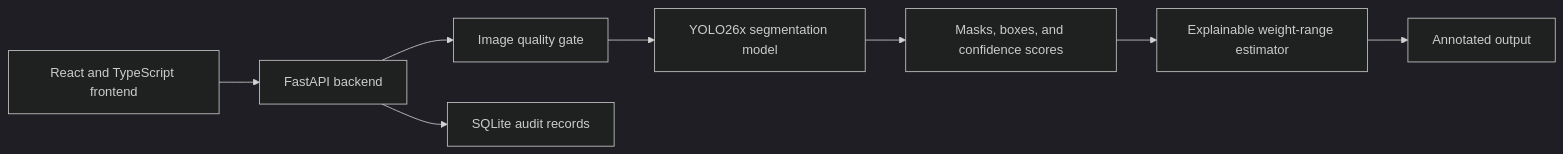
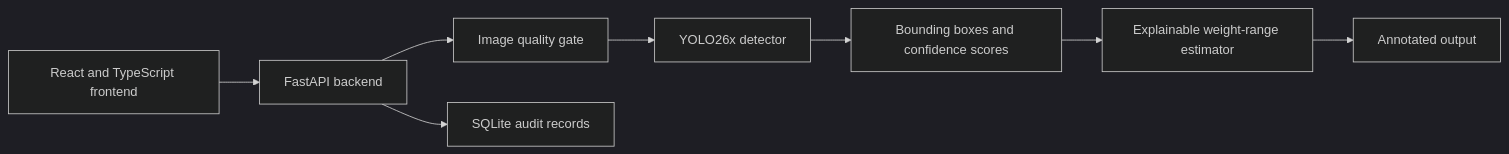
Before and after one commit to Riitom/tata-steel-waste-material-inspector: the diagram in README.md, drawn with Mermaid (dark theme). The commit also changed other lines of this file and 7 other files, not shown here.

````diff
--- a/README.md
+++ b/README.md
@@ -9,10 +9,10 @@
 ```mermaid
 flowchart LR
     A[React and TypeScript frontend] --> B[FastAPI backend]
     B --> Q[Image quality gate]
-    Q --> C[YOLO26x segmentation model]
-    C --> D[Masks, boxes, and confidence scores]
+    Q --> C[YOLO26x detector]
+    C --> D[Bounding boxes and confidence scores]
     D --> E[Explainable weight-range estimator]
     E --> F[Annotated output]
     B --> G[SQLite audit records]
 ```
````
